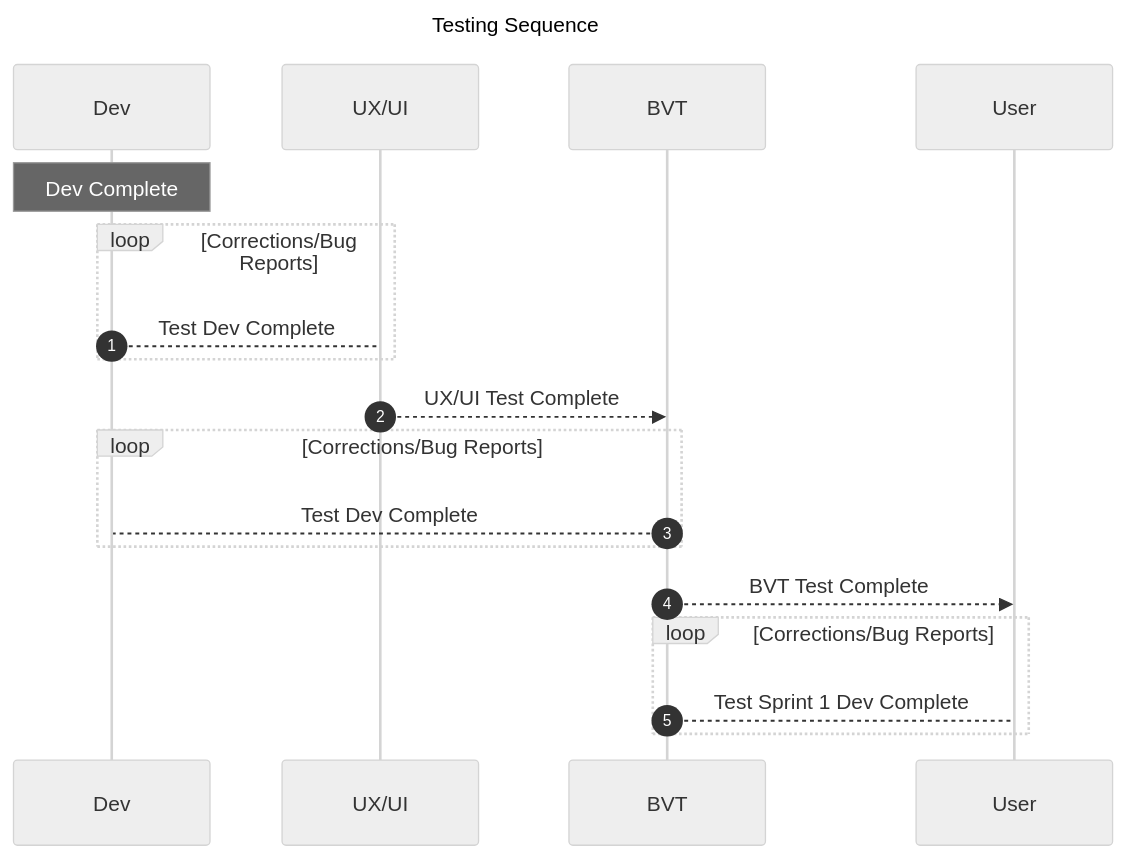
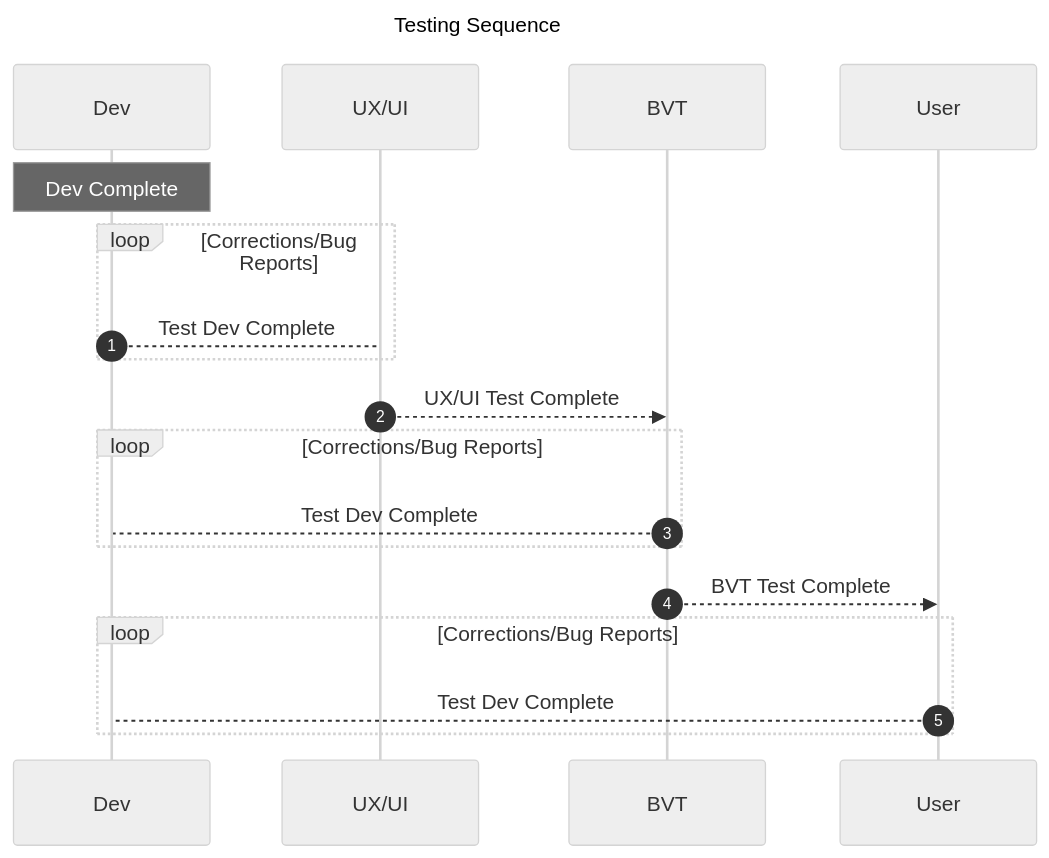
The diagram in Test Strategy.md (bcgov/onRouteBCSpecification), drawn with Mermaid (neutral theme) before and after one commit. The commit also changed 1 other file, not shown here.

Commit message:
Send Permit

````diff
--- a/Test Strategy.md
+++ b/Test Strategy.md
@@ -116,24 +116,24 @@
 ```mermaid
 sequenceDiagram
 
 title Testing Sequence
 
 autonumber
 participant d as Dev
 participant x as UX/UI
 participant b as BVT
 participant u as User
 
 note over d: Dev Complete
 loop Corrections/Bug Reports
 	d-->x: Test Dev Complete
 end
 x-->>b: UX/UI Test Complete
 loop Corrections/Bug Reports
 	b-->d: Test Dev Complete
 end	
 b-->>u: BVT Test Complete
 loop Corrections/Bug Reports
-	b-->u: Test Sprint 1 Dev Complete
+	u-->d: Test Dev Complete
 end	
 ```
````
